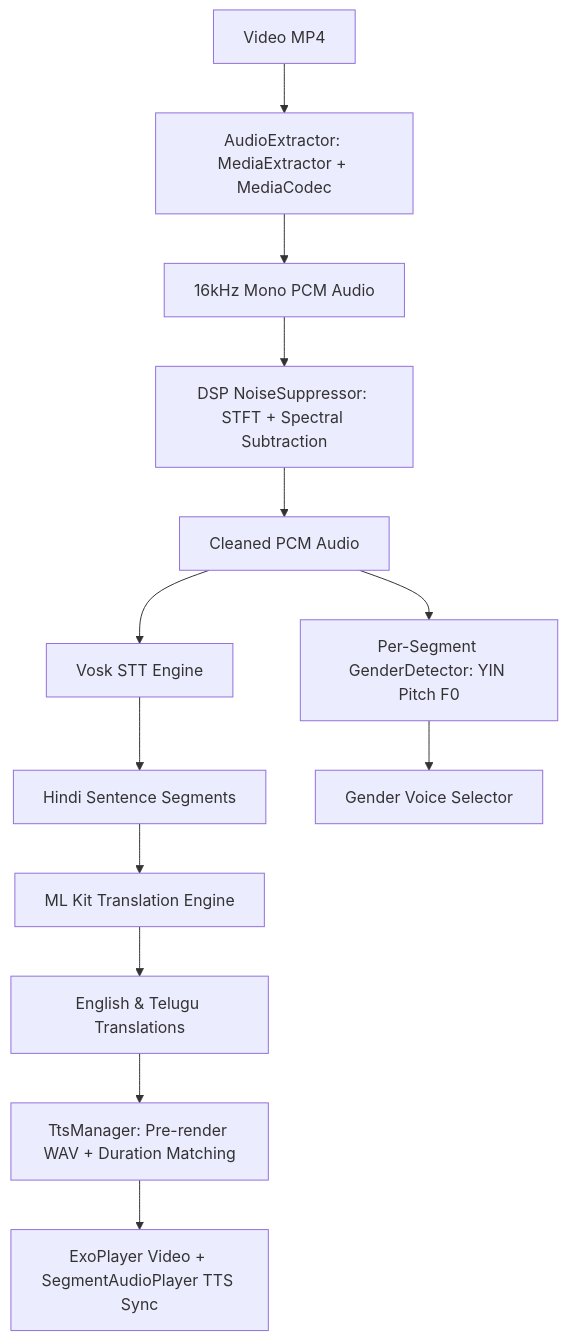
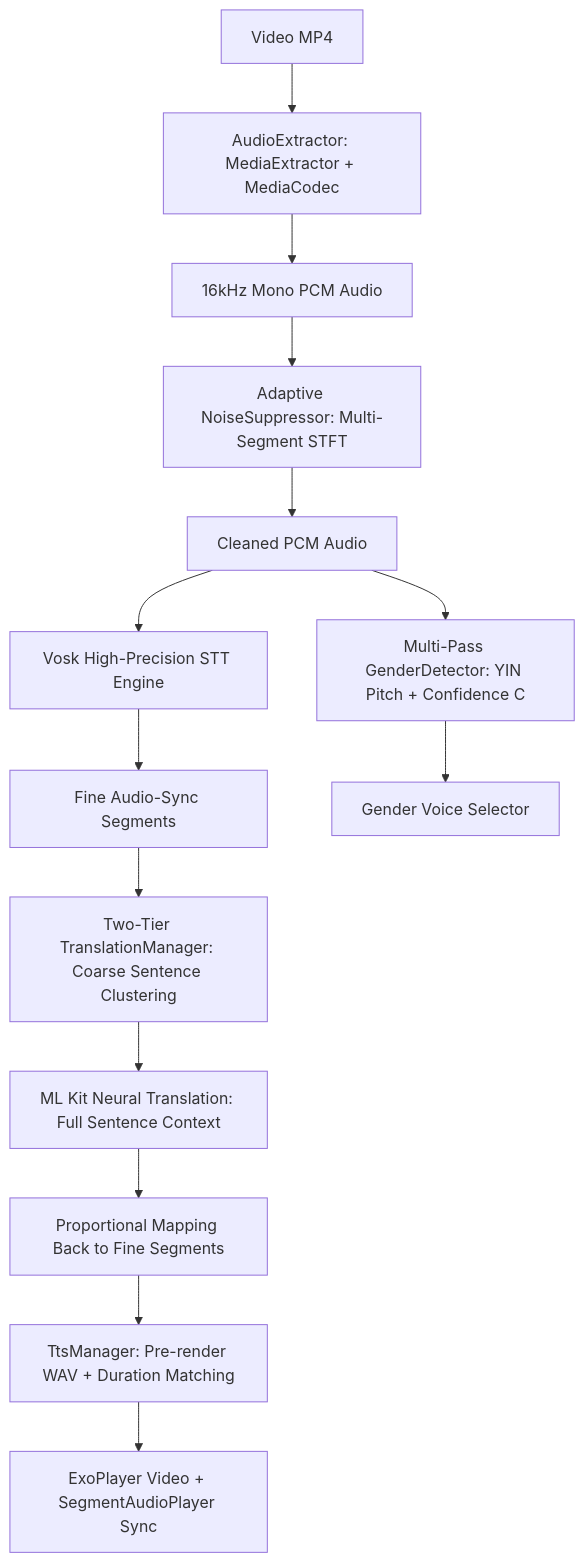
The diagram in README.md (SyedSaad8008/Video-Translator), drawn with Mermaid before and after one commit. The commit also changed other lines of this file and 4 other files, not shown here.

Commit message:
feat: Implement Two-Tier Contextual Sentence Translation, Multi-Pass Pitch Analysis with Confidence Scoring, and Adaptive Noise Tracking

````diff
--- a/README.md
+++ b/README.md
@@ -20,15 +15,16 @@
 ```mermaid
 graph TD
     A[Video MP4] --> B[AudioExtractor: MediaExtractor + MediaCodec]
     B --> C[16kHz Mono PCM Audio]
-    C --> D[DSP NoiseSuppressor: STFT + Spectral Subtraction]
+    C --> D[Adaptive NoiseSuppressor: Multi-Segment STFT]
     D --> E[Cleaned PCM Audio]
-    E --> F[Vosk STT Engine]
-    E --> G[Per-Segment GenderDetector: YIN Pitch F0]
-    F --> H[Hindi Sentence Segments]
-    H --> I[ML Kit Translation Engine]
-    I --> J[English & Telugu Translations]
-    G --> K[Gender Voice Selector]
-    J --> L[TtsManager: Pre-render WAV + Duration Matching]
-    L --> M[ExoPlayer Video + SegmentAudioPlayer TTS Sync]
+    E --> F[Vosk High-Precision STT Engine]
+    E --> G[Multi-Pass GenderDetector: YIN Pitch + Confidence C]
+    F --> H[Fine Audio-Sync Segments]
+    H --> I[Two-Tier TranslationManager: Coarse Sentence Clustering]
+    I --> J[ML Kit Neural Translation: Full Sentence Context]
+    J --> K[Proportional Mapping Back to Fine Segments]
+    G --> L[Gender Voice Selector]
+    K --> M[TtsManager: Pre-render WAV + Duration Matching]
+    M --> N[ExoPlayer Video + SegmentAudioPlayer Sync]
 ```
````
